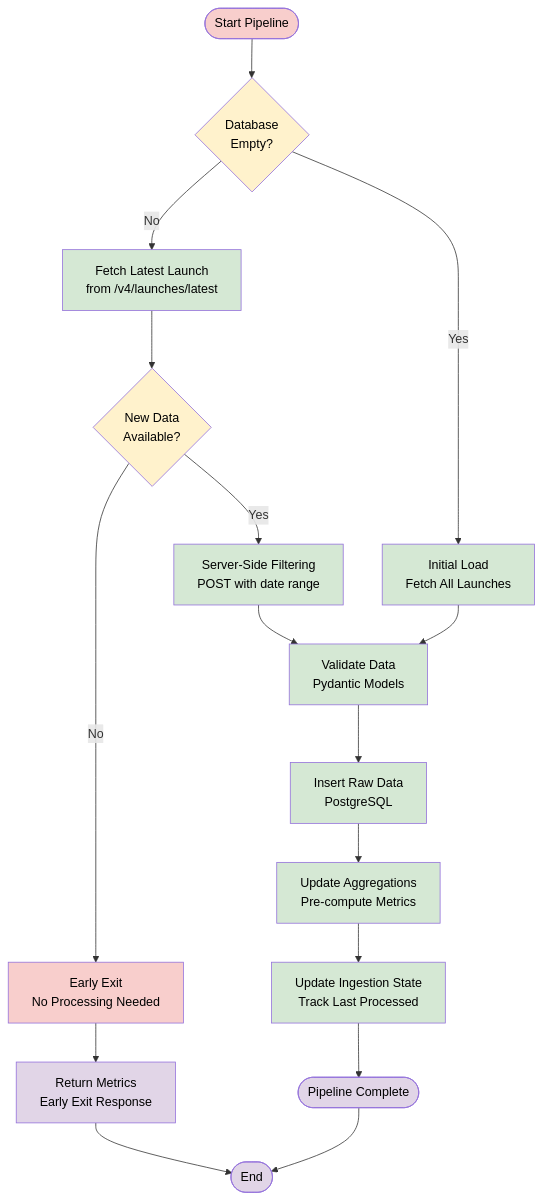
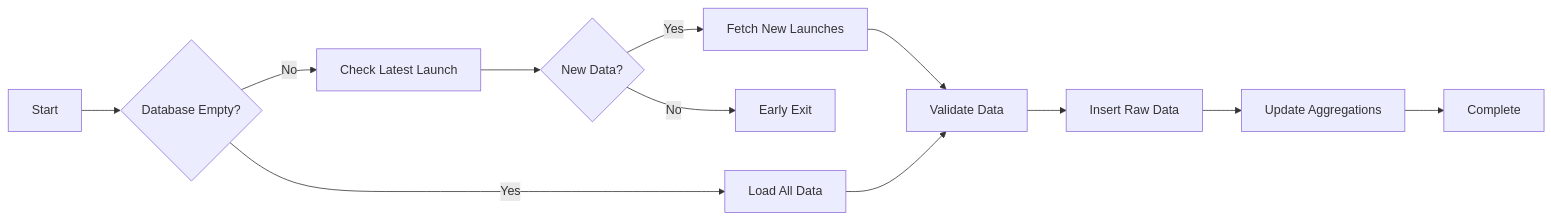
One commit to Nesher123/spacex-data-engineering-pipeline changed the second of 2 diagrams in README.md. Above: the diagram before and after it, drawn with Mermaid. The commit also changed other lines of this file, not shown here.

````diff
--- a/README.md
+++ b/README.md
@@ -258,33 +184,14 @@
 ```mermaid
-flowchart TD
-    START([Start Pipeline]) --> EMPTY{Database<br/>Empty?}
-    
-    EMPTY -->|Yes| INITIAL[Initial Load<br/>Fetch All Launches]
-    EMPTY -->|No| LATEST[Fetch Latest Launch<br/>from /v4/launches/latest]
-    
-    LATEST --> COMPARE{New Data<br/>Available?}
-    COMPARE -->|No| EXIT[Early Exit<br/>No Processing Needed]
-    COMPARE -->|Yes| FILTER[Server-Side Filtering<br/>POST with date range]
-    
-    FILTER --> VALIDATE[Validate Data<br/>Pydantic Models]
+flowchart LR
+    START[Start] --> CHECK{Database Empty?}
+    CHECK -->|Yes| INITIAL[Load All Data]
+    CHECK -->|No| LATEST[Check Latest Launch]
+    LATEST --> NEW{New Data?}
+    NEW -->|No| EXIT[Early Exit]
+    NEW -->|Yes| FETCH[Fetch New Launches]
+    FETCH --> VALIDATE[Validate Data]
     INITIAL --> VALIDATE
-    
-    VALIDATE --> INSERT[Insert Raw Data<br/>PostgreSQL]
-    INSERT --> UPDATE_AGG[Update Aggregations<br/>Pre-compute Metrics]
-    UPDATE_AGG --> UPDATE_STATE[Update Ingestion State<br/>Track Last Processed]
-    UPDATE_STATE --> SUCCESS([Pipeline Complete])
-    
-    EXIT --> METRICS[Return Metrics<br/>Early Exit Response]
-    METRICS --> FINISH([End])
-    SUCCESS --> FINISH
-    
-    classDef decision fill:#fff2cc,color:#000000
-    classDef process fill:#d5e8d4,color:#000000
-    classDef startend fill:#f8cecc,color:#000000
-    classDef endpoint fill:#e1d5e7,color:#000000
-    
-    class EMPTY,COMPARE decision
-    class INITIAL,LATEST,FILTER,VALIDATE,INSERT,UPDATE_AGG,UPDATE_STATE process
-    class START,EXIT startend
-    class SUCCESS,FINISH,METRICS endpoint
+    VALIDATE --> INSERT[Insert Raw Data]
+    INSERT --> AGGREGATE[Update Aggregations]
+    AGGREGATE --> COMPLETE[Complete]
 ```
````
